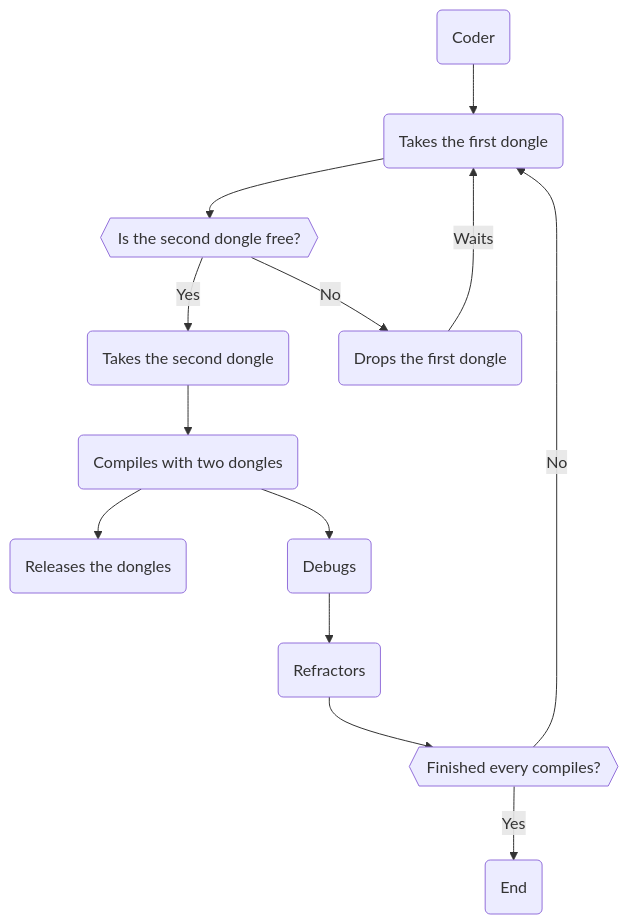
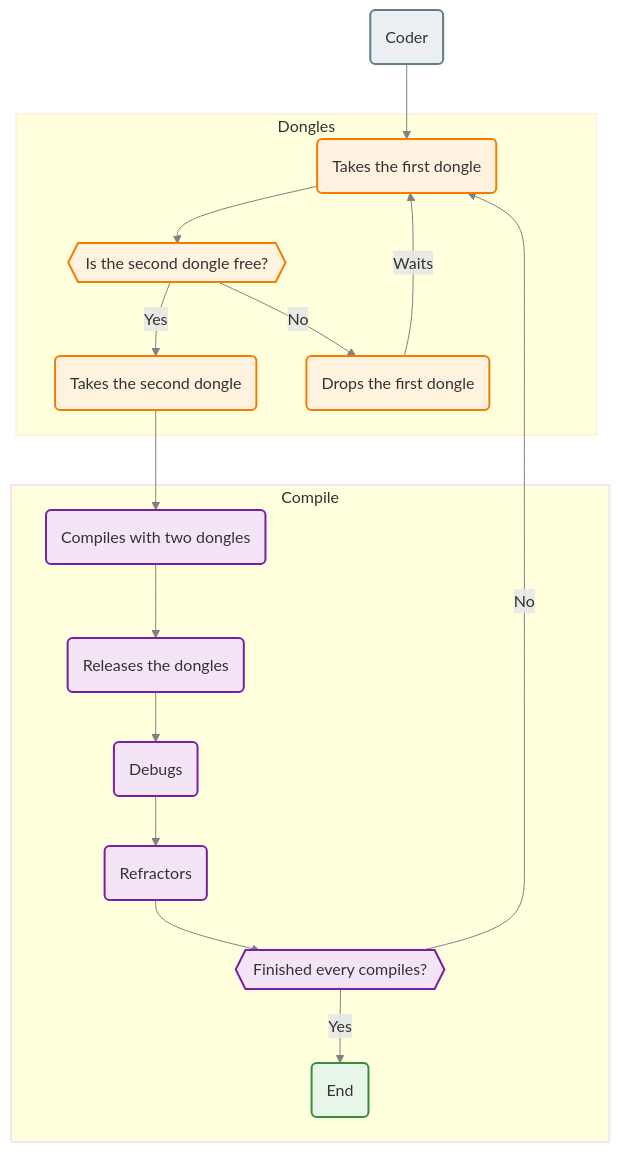
One commit to noemiepi/Codexion changed the second of 4 diagrams in README.md. Above: the diagram before and after it, drawn with Mermaid. The commit also changed other lines of this file, not shown here.

````diff
--- a/README.md
+++ b/README.md
@@ -76,15 +102,40 @@
 ```mermaid
 flowchart TD
+
+    classDef start fill:#eceff1,stroke:#607d8b,stroke-width:2px,color:#333;
+    classDef take_dongle fill:#fff3e0,stroke:#f57c00,stroke-width:2px,color:#333;
+    classDef coder_compile fill:#f3e5f5,stroke:#7b1fa2,stroke-width:2px,color:#333;
+    classDef finish fill:#e8f5e9,stroke:#388e3c,stroke-width:2px,color:#333;
+
+    classDef dongle stroke:#fff3e0,stroke-width:2px;
+    classDef compile stroke:#f3e5f5,stroke-width:2px;
+
     A(Coder) --> B(Takes the first dongle)
+
+    subgraph Dongles
     B --> C{{Is the second dongle free?}}
     C -->|Yes| D(Takes the second dongle)
     C -->|No| E(Drops the first dongle)
+    end
+
+    subgraph Compile
     E -->|Waits| B
     D --> F(Compiles with two dongles)
     F --> G(Releases the dongles)
-    F --> H(Debugs)
+    G --> H(Debugs)
     H --> I(Refractors)
     I --> J{{Finished every compiles?}}
     J -->|Yes| K(End)
     J -->|No| B
+    end
+
+    class Dongles dongle
+    class Compile compile
+
+    class A start
+    class B,C,D,E take_dongle
+    class F,G,H,I,J,K coder_compile
+    class K finish
+
+    linkStyle default stroke:gray;
 ```
````
